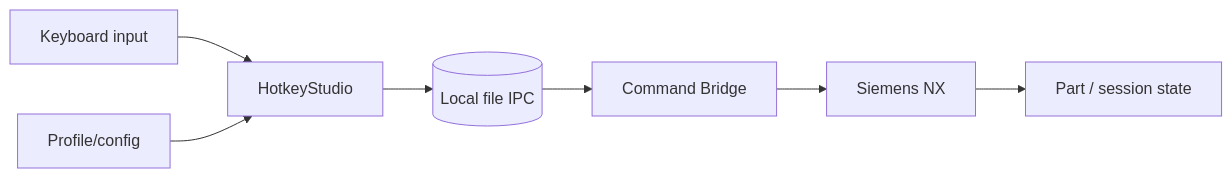
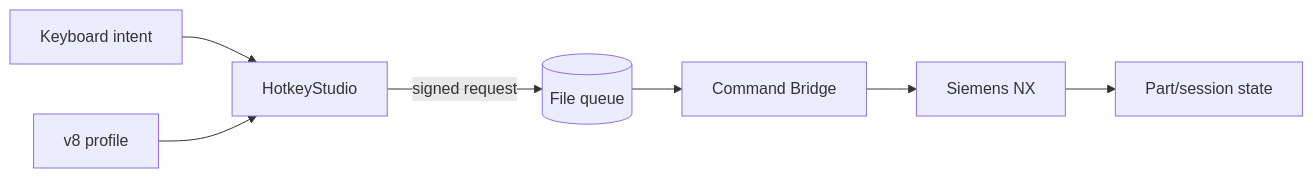
One commit to Homiakus/NXkeys changed the diagram in docs/SAFETY_MODEL.md. Above: the diagram before and after it, drawn with Mermaid. The commit also changed other lines of this file, not shown here.

Commit message:
docs: align safety model with authenticated schema 4

````diff
--- a/docs/SAFETY_MODEL.md
+++ b/docs/SAFETY_MODEL.md
@@ -20,9 +9,9 @@
 ```mermaid
 flowchart LR
-    Input[Keyboard input] --> Client[HotkeyStudio]
-    Profile[Profile/config] --> Client
-    Client --> FS[(Local file IPC)]
-    FS --> Bridge[Command Bridge]
-    Bridge --> NX[Siemens NX]
-    NX --> Data[Part / session state]
+    K[Keyboard intent] --> H[HotkeyStudio]
+    P[v8 profile] --> H
+    H -->|signed request| Q[(File queue)]
+    Q --> B[Command Bridge]
+    B --> N[Siemens NX]
+    N --> D[Part/session state]
 ```
````
